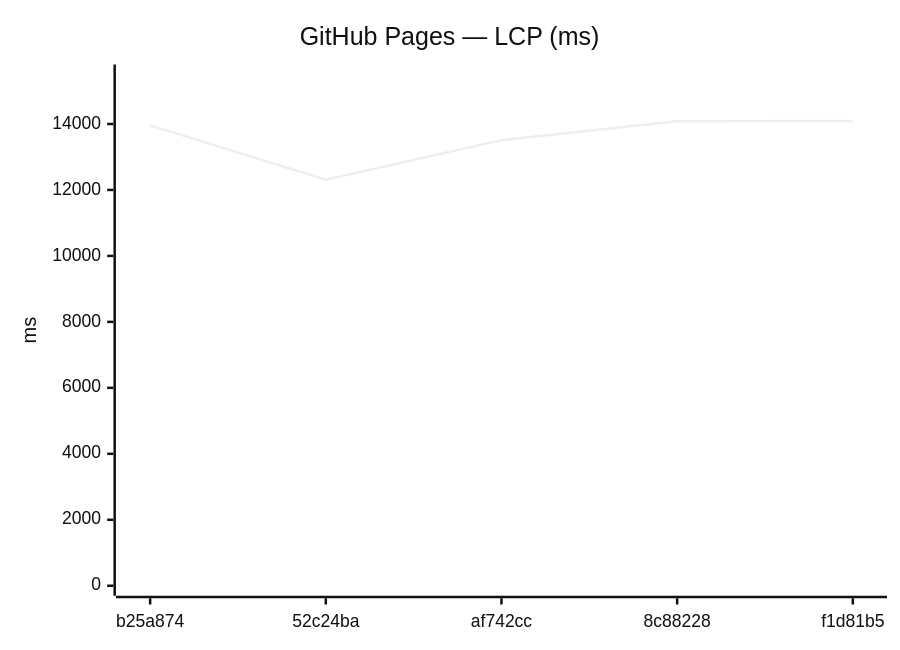
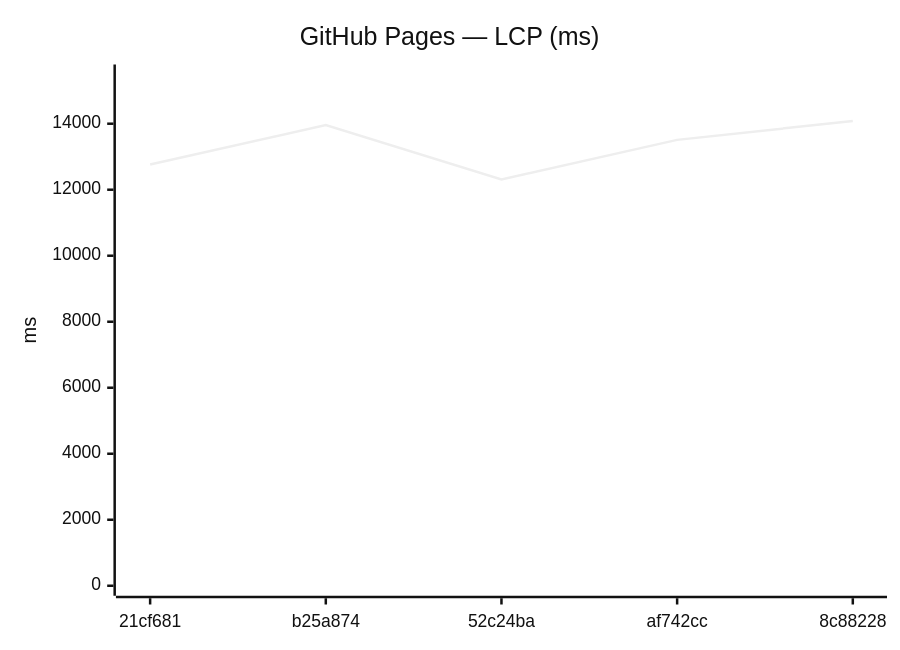
One commit to Metaheurist/Rianell changed the ninth of 18 diagrams in benchmarks/compare.md. Above: the diagram before and after it, drawn with Mermaid (neutral theme). The commit also changed other lines of this file and 11 other files, not shown here.

````diff
--- a/benchmarks/compare.md
+++ b/benchmarks/compare.md
@@ -142,7 +142,7 @@
 ```mermaid
 xychart-beta
     title "GitHub Pages — LCP (ms)"
-    x-axis ["b25a874", "52c24ba", "af742cc", "8c88228", "f1d81b5"]
-    y-axis "ms" 0 --> 15500
-    line [13959, 12313, 13510, 14082, 14090]
+    x-axis ["21cf681", "b25a874", "52c24ba", "af742cc", "8c88228"]
+    y-axis "ms" 0 --> 15491
+    line [12763, 13959, 12313, 13510, 14082]
 ```
````
